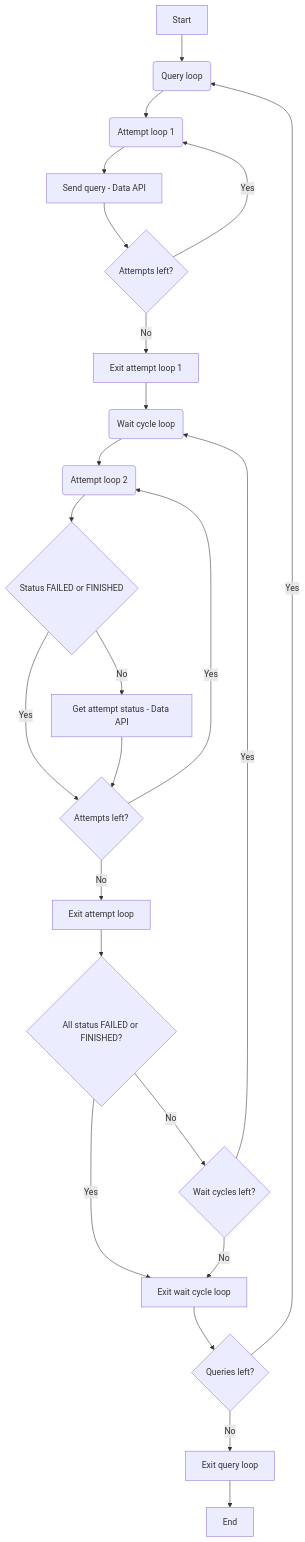
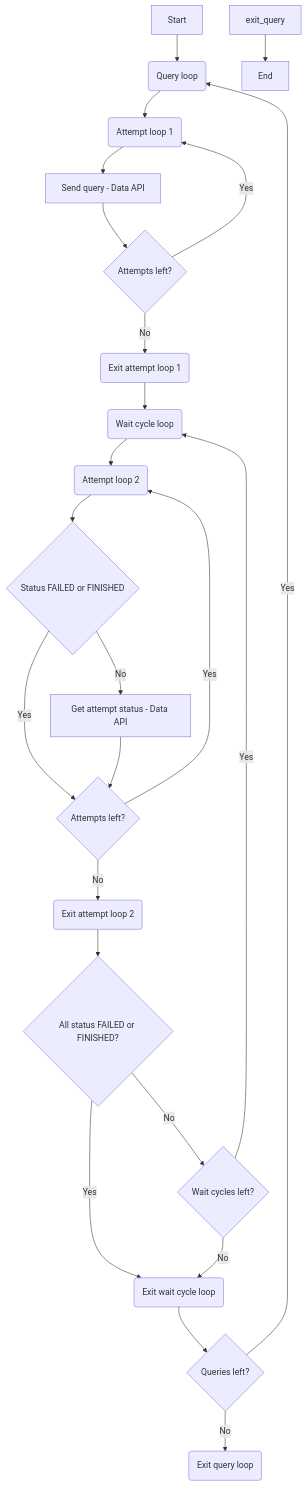
Before and after one commit to aws-samples/amazon-redshift-auto-testing-with-data-api: the second of 2 diagrams in README.md, drawn with Mermaid. The commit also changed other lines of this file, not shown here.

````diff
--- a/README.md
+++ b/README.md
@@ -181,26 +181,26 @@
 ```mermaid
 graph TD
     start[Start]   --> query_loop(Query loop)
     query_loop     --> attempt_loop_1(Attempt loop 1)
     attempt_loop_1 --> send_query[Send query - Data API]
     send_query     --> attempt_left_1{Attempts left?}
     attempt_left_1 --> | Yes | attempt_loop_1
-    attempt_left_1 --> | No  | exit_attempt_1[Exit attempt loop 1]
+    attempt_left_1 --> | No  | exit_attempt_1(Exit attempt loop 1)
     exit_attempt_1 --> wait_loop(Wait cycle loop)
     wait_loop      --> attempt_loop_2(Attempt loop 2)
     attempt_loop_2 --> check_status{Status FAILED or FINISHED}
     check_status   --> | Yes | attempt_left_2{Attempts left?}
     check_status   --> | No  | get_status[Get attempt status - Data API]
     get_status     --> attempt_left_2
     attempt_left_2 --> | Yes | attempt_loop_2
-    attempt_left_2 --> | No  | exit_attempt_2[Exit attempt loop]
+    attempt_left_2 --> | No  | exit_attempt_2(Exit attempt loop 2)
     exit_attempt_2 --> all_status{All status FAILED or FINISHED?}
-    all_status     --> | Yes | exit_wait[Exit wait cycle loop]
+    all_status     --> | Yes | exit_wait(Exit wait cycle loop)
     all_status     --> | No  | wait_left{Wait cycles left?}
     wait_left      --> | Yes | wait_loop
     wait_left      --> | No  | exit_wait
     exit_wait      --> query_left{Queries left?}
     query_left     --> | Yes | query_loop
-    query_left     --> | No  | exit_query[Exit query loop]
+    query_left     --> | No  | exit_quer(Exit query loop)
     exit_query     --> stop[End]
 ```
````
